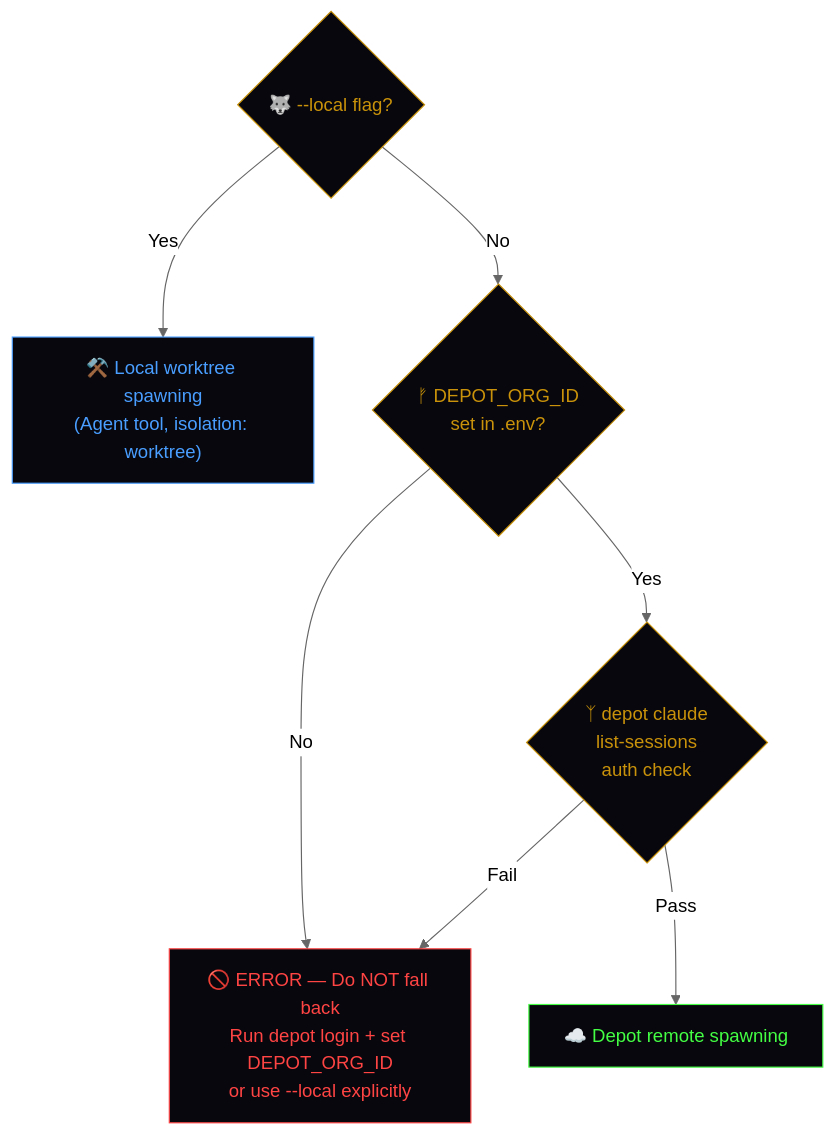
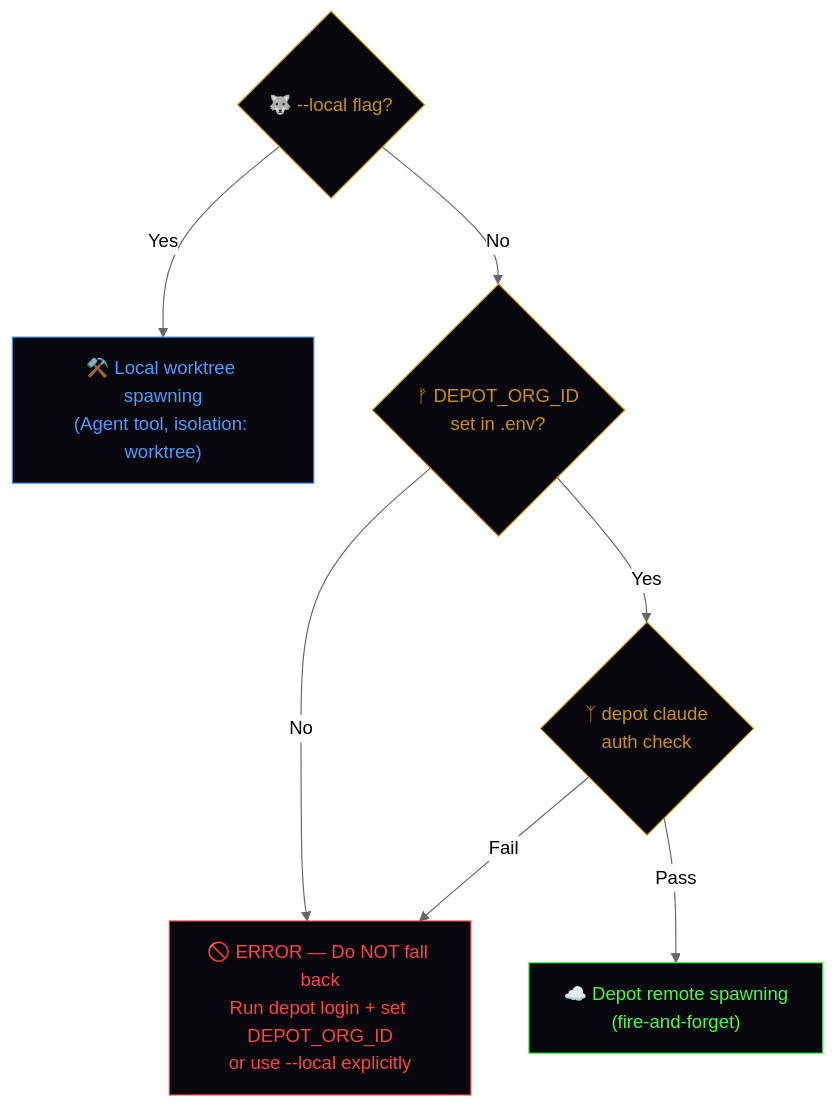
Before and after one commit to declanshanaghy/fenrir-ledger: the second of 2 diagrams in .claude/skills/fire-next-up/SKILL.md, drawn with Mermaid (neutral theme). The commit also changed other lines of this file, not shown here.

First line of the commit message:
fix: remove polling/wait from fire-next-up, make Depot fire-and-forget

````diff
--- a/.claude/skills/fire-next-up/SKILL.md
+++ b/.claude/skills/fire-next-up/SKILL.md
@@ -212,17 +145,17 @@
 ```mermaid
 flowchart TD
     A{"🐺 --local flag?"}
     A -->|Yes| B["⚒️ Local worktree spawning<br/>(Agent tool, isolation: worktree)"]
     A -->|No| C{"ᚠ DEPOT_ORG_ID<br/>set in .env?"}
     C -->|No| E
-    C -->|Yes| D{"ᛉ depot claude<br/>list-sessions<br/>auth check"}
-    D -->|Pass| F["☁️ Depot remote spawning"]
+    C -->|Yes| D{"ᛉ depot claude<br/>auth check"}
+    D -->|Pass| F["☁️ Depot remote spawning<br/>(fire-and-forget)"]
     D -->|Fail| E["🚫 ERROR — Do NOT fall back<br/>Run depot login + set DEPOT_ORG_ID<br/>or use --local explicitly"]
 
     style A fill:#07070d,stroke:#c9920a,color:#c9920a
     style B fill:#07070d,stroke:#4a9eff,color:#4a9eff
     style C fill:#07070d,stroke:#c9920a,color:#c9920a
     style D fill:#07070d,stroke:#c9920a,color:#c9920a
     style E fill:#07070d,stroke:#ff4444,color:#ff4444
     style F fill:#07070d,stroke:#44ff44,color:#44ff44
 ```
````
